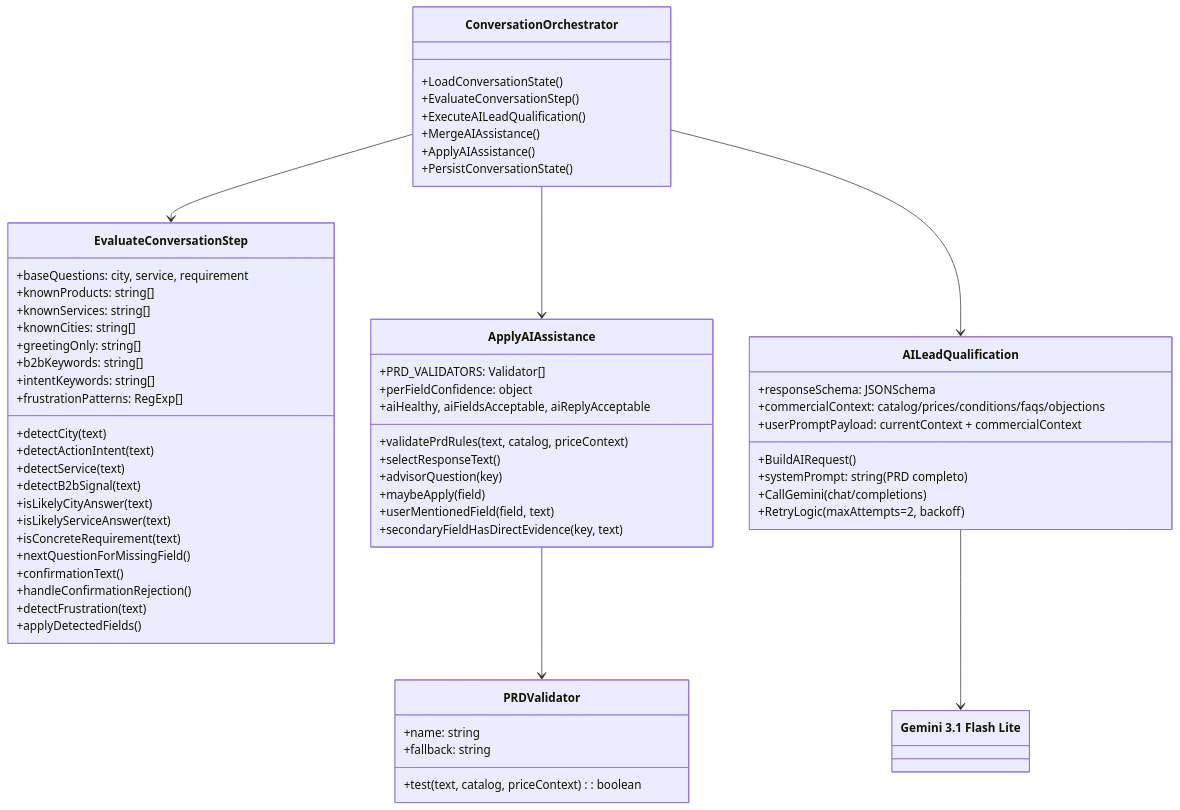
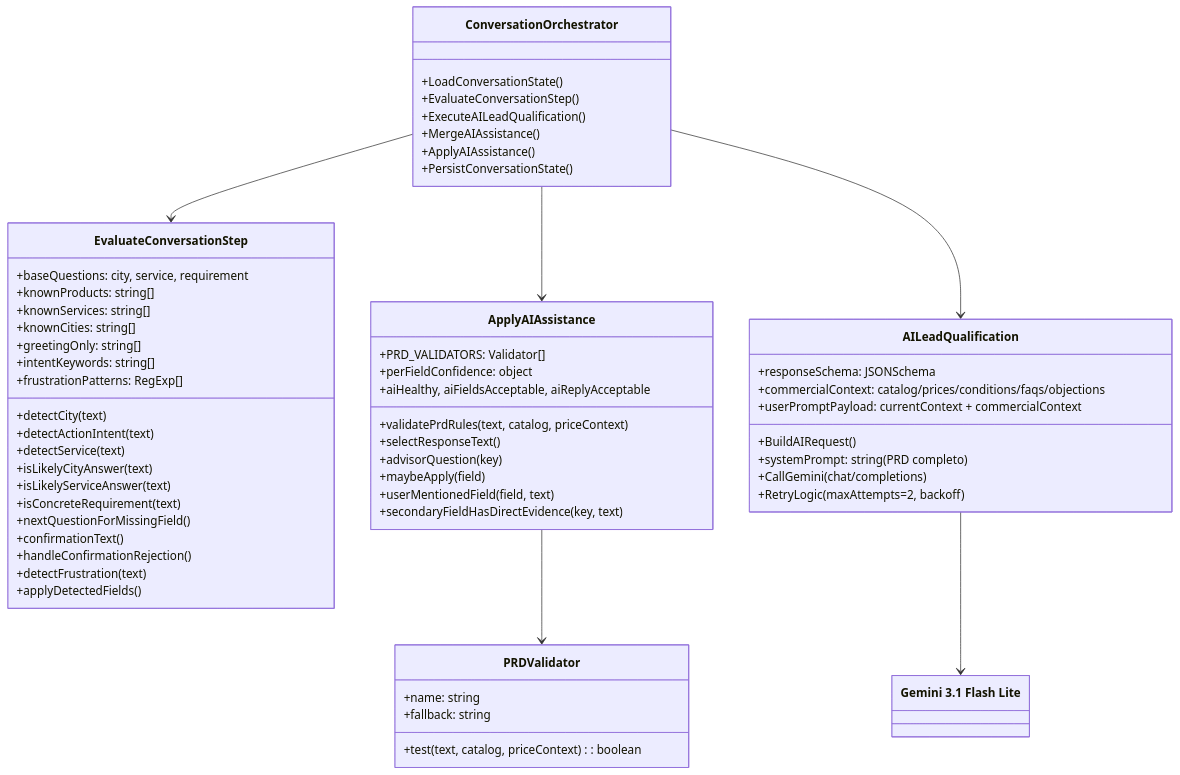
Before and after one commit to juanpablovM/Automatizacion-WhatsApp: the sixth of 7 diagrams in docs/diagrama-flujo-bot.md, drawn with Mermaid. The commit also changed other lines of this file and 23 other files, not shown here.

````diff
--- a/docs/diagrama-flujo-bot.md
+++ b/docs/diagrama-flujo-bot.md
@@ -382,70 +378,68 @@
 ```mermaid
 classDiagram
     class ConversationOrchestrator {
         +LoadConversationState()
         +EvaluateConversationStep()
         +ExecuteAILeadQualification()
         +MergeAIAssistance()
         +ApplyAIAssistance()
         +PersistConversationState()
     }
     
     class EvaluateConversationStep {
         +baseQuestions: city, service, requirement
         +knownProducts: string[]
         +knownServices: string[]
         +knownCities: string[]
         +greetingOnly: string[]
-        +b2bKeywords: string[]
         +intentKeywords: string[]
         +frustrationPatterns: RegExp[]
         +detectCity(text)
         +detectActionIntent(text)
         +detectService(text)
-        +detectB2bSignal(text)
         +isLikelyCityAnswer(text)
         +isLikelyServiceAnswer(text)
         +isConcreteRequirement(text)
         +nextQuestionForMissingField()
         +confirmationText()
         +handleConfirmationRejection()
         +detectFrustration(text)
         +applyDetectedFields()
     }
     
     class ApplyAIAssistance {
         +PRD_VALIDATORS: Validator[]
         +validatePrdRules(text, catalog, priceContext)
         +selectResponseText()
         +advisorQuestion(key)
         +maybeApply(field)
         +userMentionedField(field, text)
         +secondaryFieldHasDirectEvidence(key, text)
         +perFieldConfidence: object
         +aiHealthy, aiFieldsAcceptable, aiReplyAcceptable
     }
     
     class AILeadQualification {
         +BuildAIRequest()
         +systemPrompt: string (PRD completo)
         +responseSchema: JSONSchema
         +commercialContext: catalog/prices/conditions/faqs/objections
         +userPromptPayload: currentContext + commercialContext
         +CallGemini(chat/completions)
         +RetryLogic(maxAttempts=2, backoff)
     }
     
     class PRDValidator {
         +name: string
         +test(text, catalog, priceContext): boolean
         +fallback: string
     }
     
     class GeminiModel["Gemini 3.1 Flash Lite"]
     
     ConversationOrchestrator --> EvaluateConversationStep
     ConversationOrchestrator --> ApplyAIAssistance
     ConversationOrchestrator --> AILeadQualification
     ApplyAIAssistance --> PRDValidator
     AILeadQualification --> GeminiModel
 ```
````
